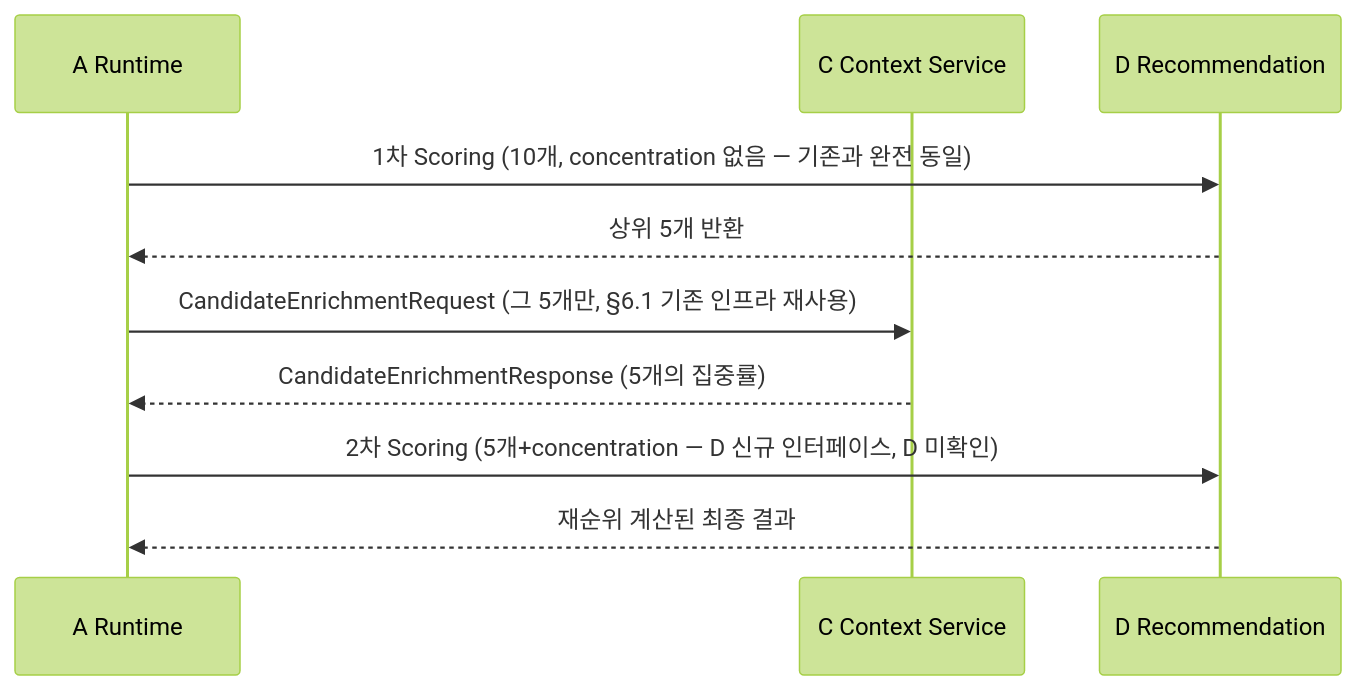
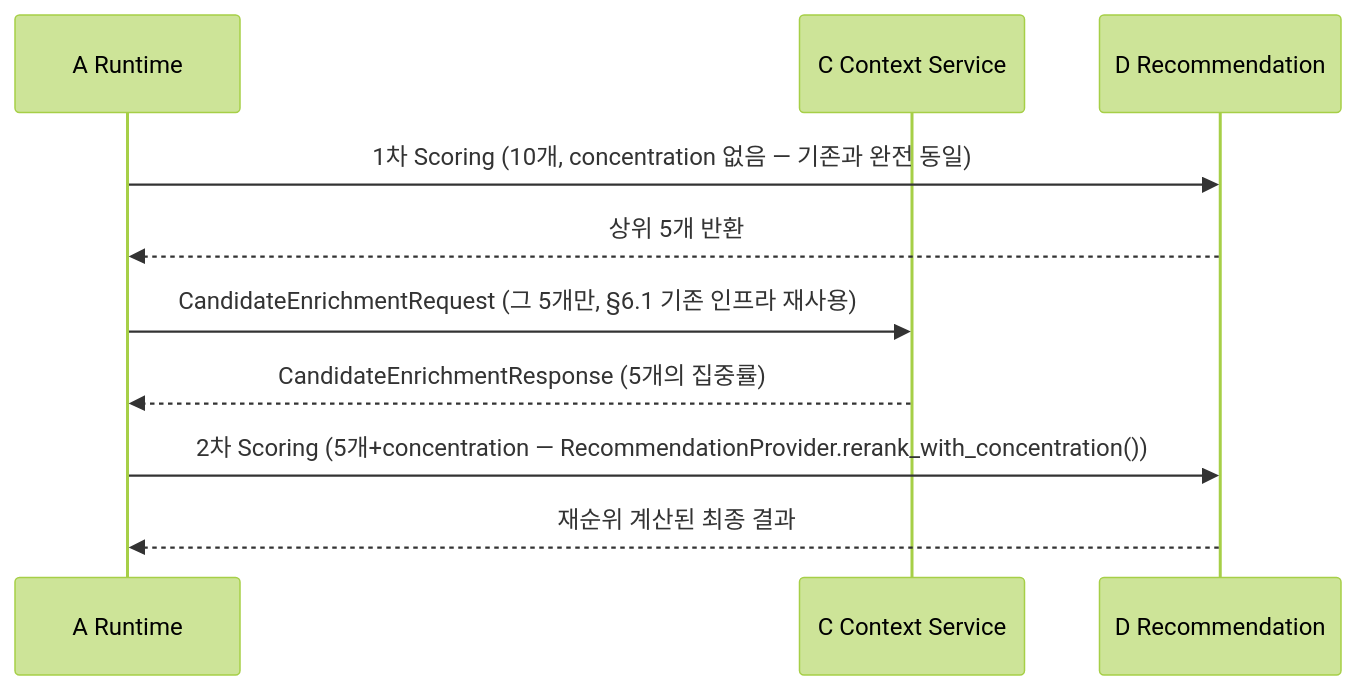
Before and after one commit to genai-TeamROOT/tripbranch: the third of 3 diagrams in docs/design/agent-runtime-contract.md, drawn with Mermaid (forest theme). The commit also changed other lines of this file and 2 other files, not shown here.

````diff
--- a/docs/design/agent-runtime-contract.md
+++ b/docs/design/agent-runtime-contract.md
@@ -541,13 +544,13 @@
 ```mermaid
 sequenceDiagram
     participant A as A Runtime
     participant C as C Context Service
     participant D as D Recommendation
 
     A->>D: 1차 Scoring (10개, concentration 없음 — 기존과 완전 동일)
     D-->>A: 상위 5개 반환
     A->>C: CandidateEnrichmentRequest (그 5개만, §6.1 기존 인프라 재사용)
     C-->>A: CandidateEnrichmentResponse (5개의 집중률)
-    A->>D: 2차 Scoring (5개+concentration — D 신규 인터페이스, D 미확인)
+    A->>D: 2차 Scoring (5개+concentration — RecommendationProvider.rerank_with_concentration())
     D-->>A: 재순위 계산된 최종 결과
 ```
````
